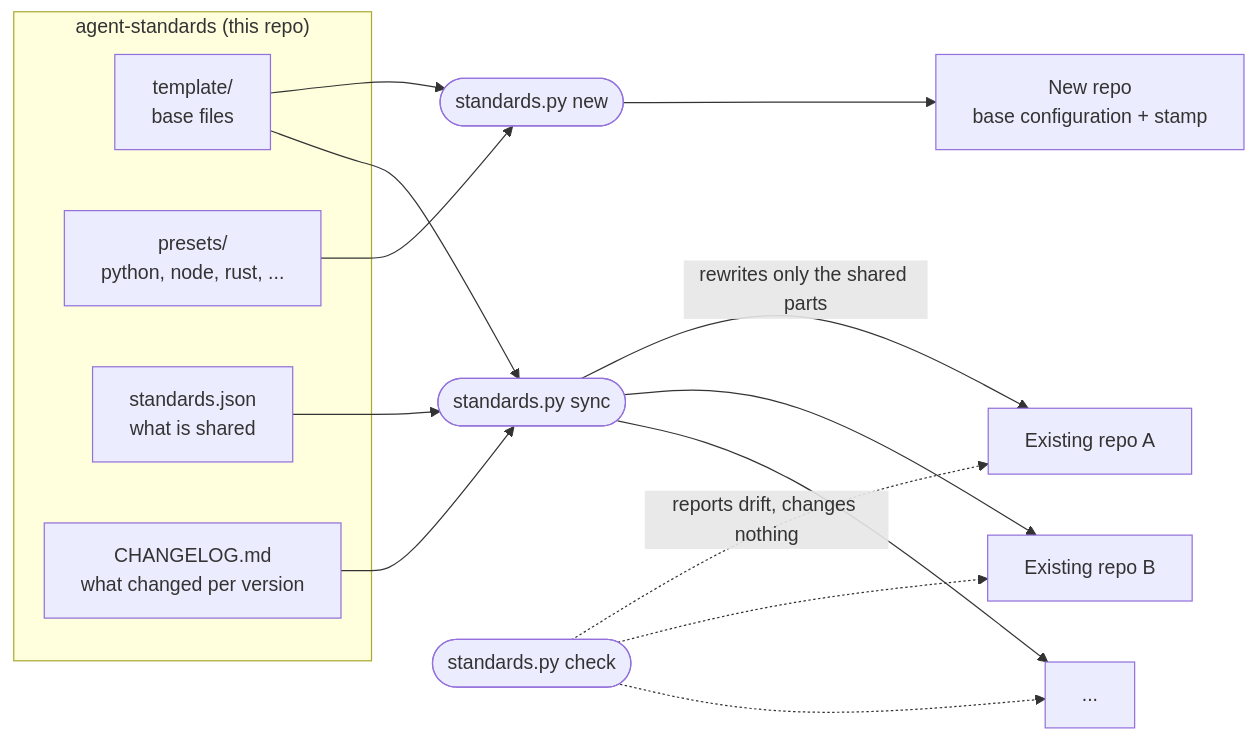
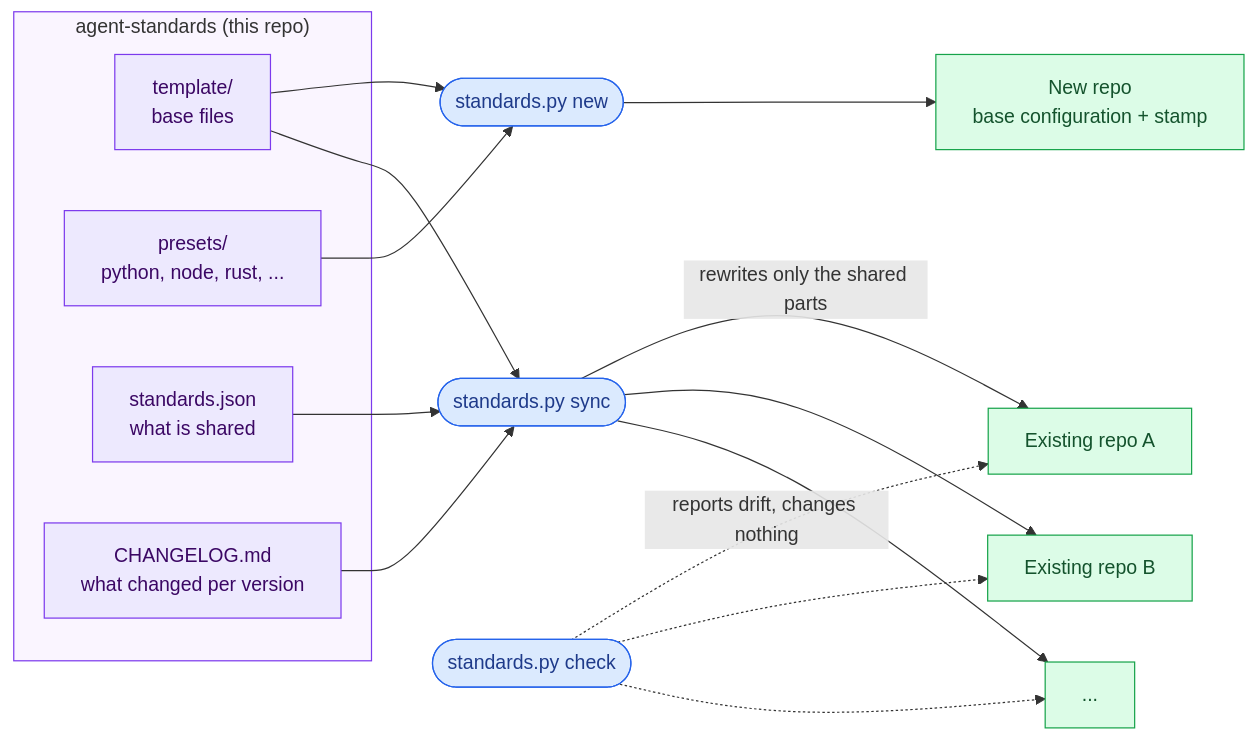
The second of 5 diagrams in README.md (luisenriquecgongora/agent-standards), drawn with Mermaid before and after one commit. The commit also changed other lines of this file and 4 other files, not shown here.

Commit message:
docs: add colored diagrams and explain the stamp file

````diff
--- a/README.md
+++ b/README.md
@@ -59,21 +71,29 @@
 ```mermaid
 flowchart LR
     subgraph std["agent-standards (this repo)"]
         template["template/<br/>base files"]
         presets["presets/<br/>python, node, rust, ..."]
         config["standards.json<br/>what is shared"]
         changelog["CHANGELOG.md<br/>what changed per version"]
     end
     template --> new(["standards.py new"])
     presets --> new
     new --> fresh["New repo<br/>base configuration + stamp"]
     config --> sync(["standards.py sync"])
     template --> sync
     changelog --> sync
     sync -->|rewrites only the shared parts| r1["Existing repo A"]
     sync --> r2["Existing repo B"]
     sync --> r3["..."]
     check(["standards.py check"]) -.->|reports drift, changes nothing| r1
     check -.-> r2
     check -.-> r3
+
+    classDef source fill:#ede9fe,stroke:#7c3aed,color:#3b0764
+    classDef tool fill:#dbeafe,stroke:#2563eb,color:#1e3a8a
+    classDef repo fill:#dcfce7,stroke:#16a34a,color:#14532d
+    class template,presets,config,changelog source
+    class new,sync,check tool
+    class fresh,r1,r2,r3 repo
+    style std fill:#faf5ff,stroke:#7c3aed
 ```
````
